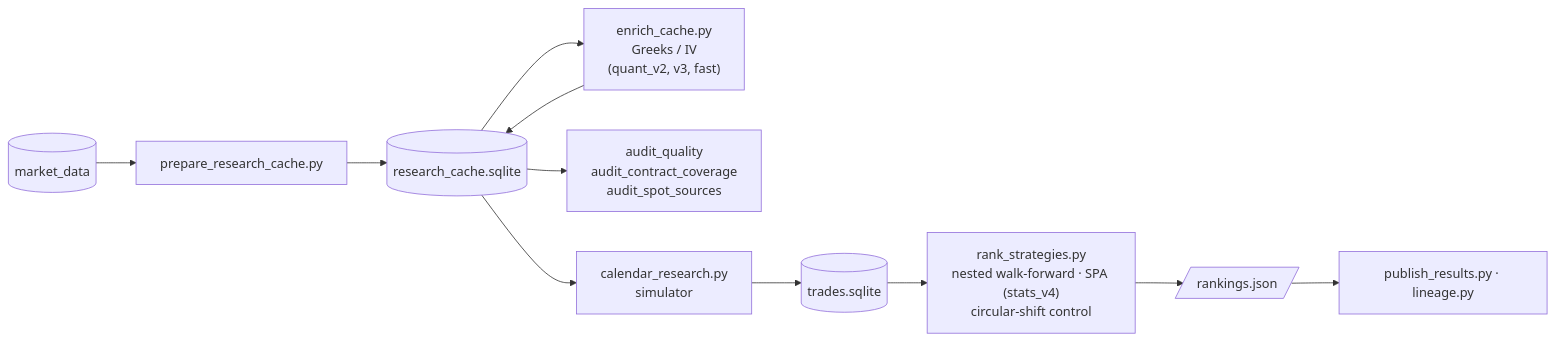
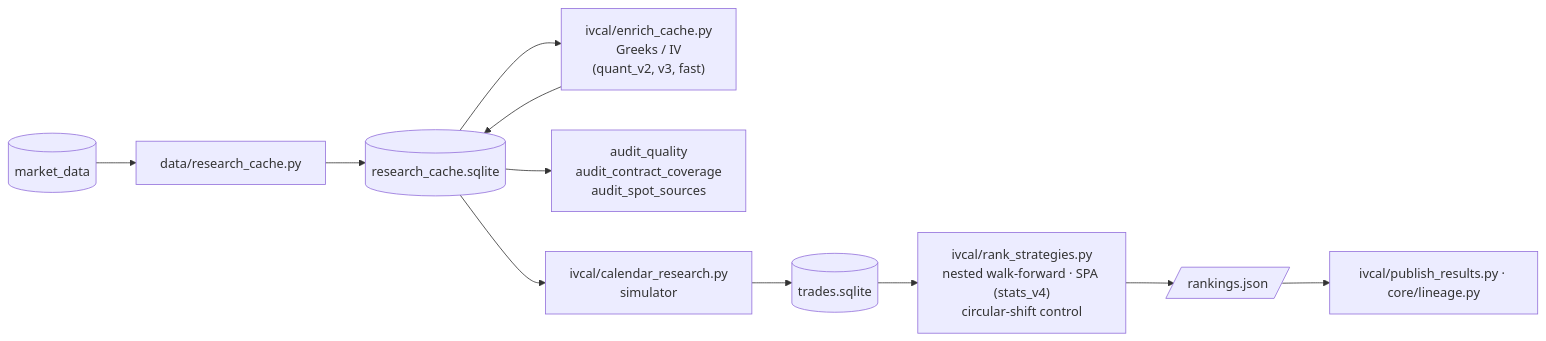
Diagram 14 of 14 in README.md (UBags/NIFTY_IV_RESEARCH), drawn with Mermaid before and after one commit. The commit also changed other lines of this file and 297 other files, not shown here.

````diff
--- a/README.md
+++ b/README.md
@@ -541,9 +536,9 @@
 ```mermaid
 flowchart LR
-    PG[(market_data)] --> PRC[prepare_research_cache.py] --> C[(research_cache.sqlite)]
-    C --> EN["enrich_cache.py<br/>Greeks / IV<br/>(quant_v2, v3, fast)"] --> C
+    PG[(market_data)] --> PRC[data/research_cache.py] --> C[(research_cache.sqlite)]
+    C --> EN["ivcal/enrich_cache.py<br/>Greeks / IV<br/>(quant_v2, v3, fast)"] --> C
     C --> AUD["audit_quality<br/>audit_contract_coverage<br/>audit_spot_sources"]
-    C --> CR["calendar_research.py<br/>simulator"] --> T[(trades.sqlite)]
-    T --> RS["rank_strategies.py<br/>nested walk-forward · SPA (stats_v4)<br/>circular-shift control"] --> RJ[/rankings.json/]
-    RJ --> PUB["publish_results.py · lineage.py"]
+    C --> CR["ivcal/calendar_research.py<br/>simulator"] --> T[(trades.sqlite)]
+    T --> RS["ivcal/rank_strategies.py<br/>nested walk-forward · SPA (stats_v4)<br/>circular-shift control"] --> RJ[/rankings.json/]
+    RJ --> PUB["ivcal/publish_results.py · core/lineage.py"]
 ```
````
